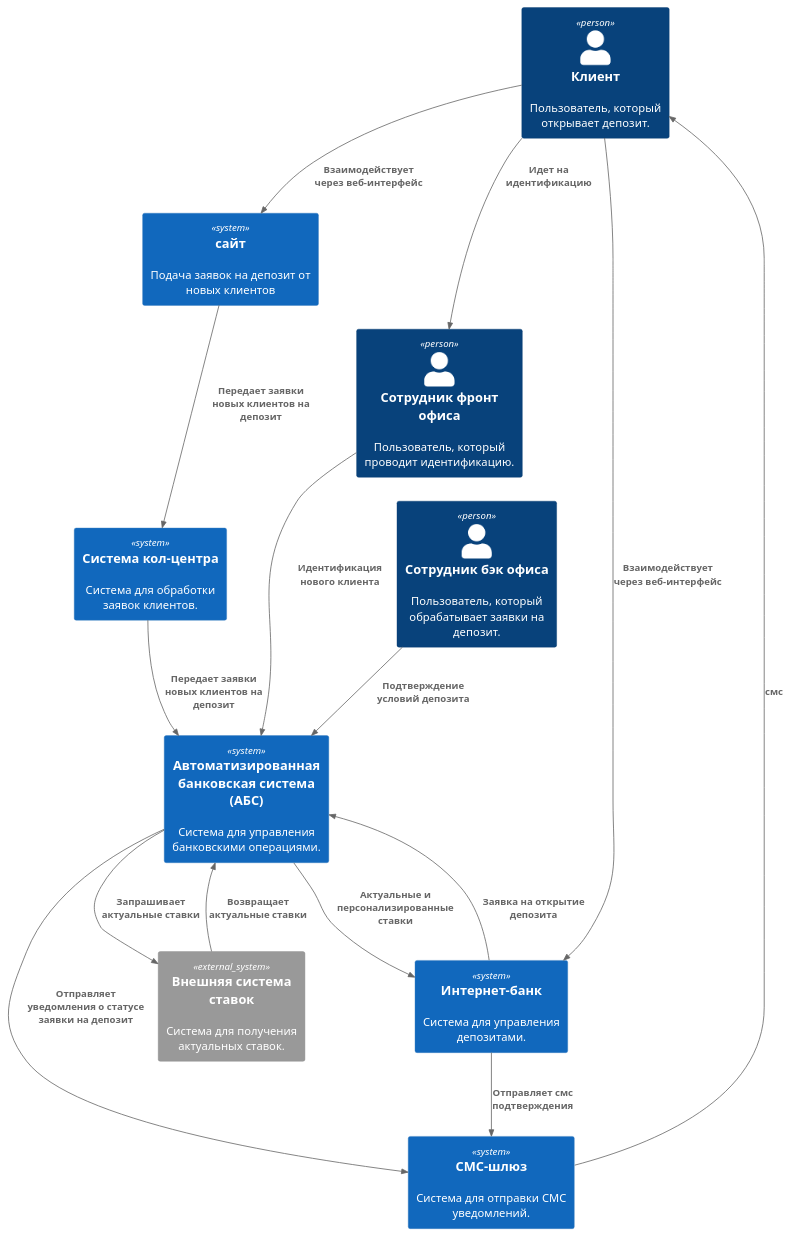
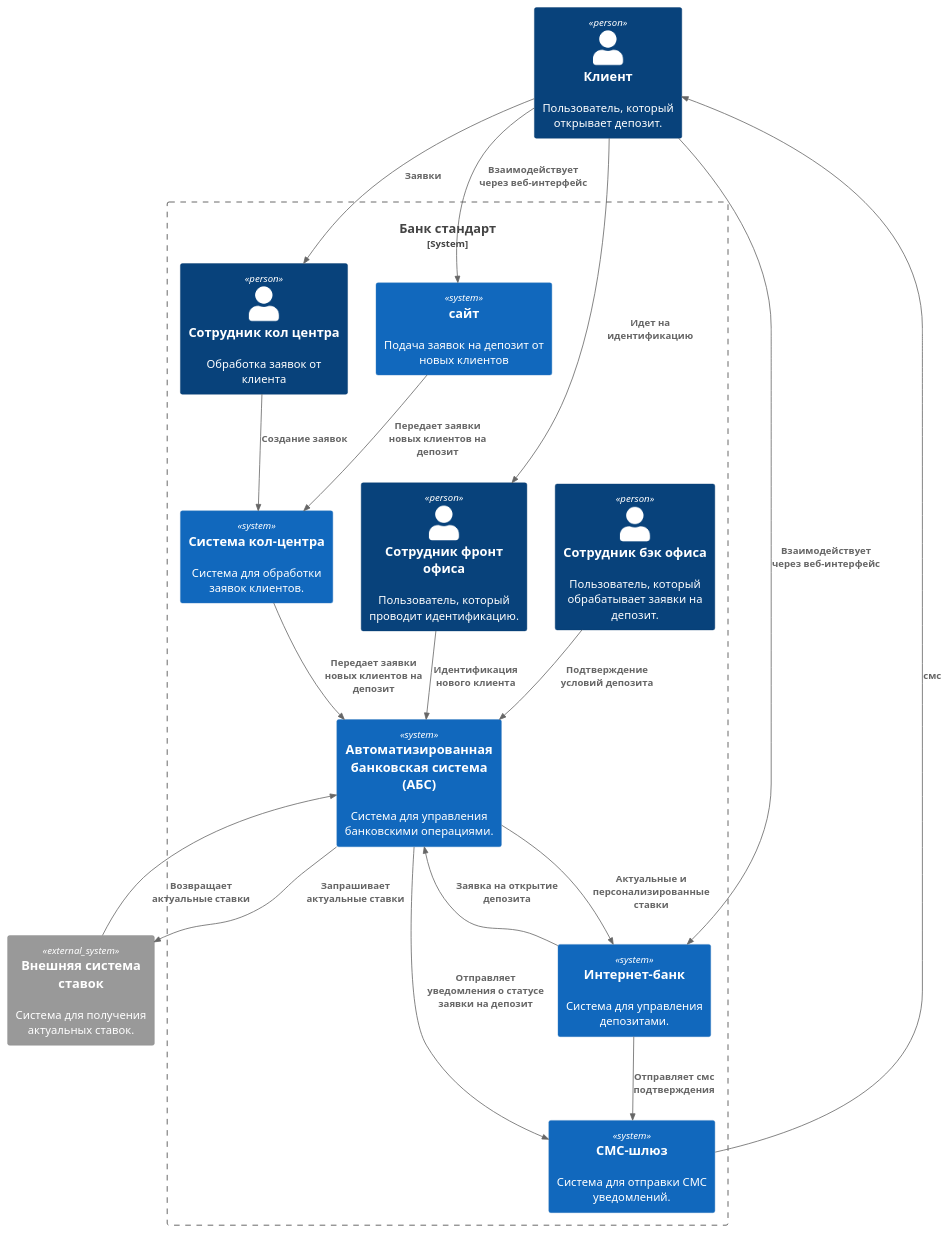
One commit to donserious/axe-architecture-standart changed the diagram in task 3/c4-context.puml. Above: the diagram before and after it, drawn with PlantUML. The commit also changed 5 other files, not shown here.

```diff
--- a/task 3/c4-context.puml
+++ b/task 3/c4-context.puml
@@ -1,31 +1,35 @@
 @startuml
 !includeurl https://raw.githubusercontent.com/RicardoNiepel/C4-PlantUML/master/C4_Component.puml
 
-' Определение элементов системы
 Person(client, "Клиент", "Пользователь, который открывает депозит.")
-Person(depositManager, "Сотрудник бэк офиса", "Пользователь, который обрабатывает заявки на депозит.")
-Person(frontManager, "Сотрудник фронт офиса", "Пользователь, который проводит идентификацию.")
-System(internetBank, "Интернет-банк", "Система для управления депозитами.")
-System(site, "сайт", "Подача заявок на депозит от новых клиентов")
-System(callCenter, "Система кол-центра", "Система для обработки заявок клиентов.")
-System(smsGateway, "СМС-шлюз", "Система для отправки СМС уведомлений.")
-System(ABS, "Автоматизированная банковская система (АБС)", "Система для управления банковскими операциями.")
 System_Ext(externalRateService, "Внешняя система ставок", "Система для получения актуальных ставок.")
 
-' Определение взаимодействий
-Rel(client, site, "Взаимодействует через веб-интерфейс")
-Rel(client, frontManager, "Идет на идентификацию")
-Rel(client, internetBank, "Взаимодействует через веб-интерфейс")
-Rel(depositManager, ABS, "Подтверждение условий депозита")
-Rel(frontManager, ABS, "Идентификация нового клиента")
-Rel(site, callCenter, "Передает заявки новых клиентов на депозит")
-Rel(callCenter, ABS , "Передает заявки новых клиентов на депозит")
-Rel(smsGateway, client, "смс")
-Rel(internetBank, smsGateway, "Отправляет смс подтверждения")
-Rel(internetBank, ABS, "Заявка на открытие депозита")
-Rel(ABS, internetBank, "Актуальные и персонализированные ставки")
-Rel(externalRateService, ABS, "Возвращает актуальные ставки")
-Rel(ABS, externalRateService, "Запрашивает актуальные ставки")
-Rel(ABS, smsGateway, "Отправляет уведомления о статусе заявки на депозит")
+System_Boundary(bankStandart, "Банк стандарт") {
+    Person(managerCallCenter, "Сотрудник кол центра", "Обработка заявок от клиента")
+    Person(depositManager, "Сотрудник бэк офиса", "Пользователь, который обрабатывает заявки на депозит.")
+    Person(frontManager, "Сотрудник фронт офиса", "Пользователь, который проводит идентификацию.")
+    System(internetBank, "Интернет-банк", "Система для управления депозитами.")
+    System(site, "сайт", "Подача заявок на депозит от новых клиентов")
+    System(callCenter, "Система кол-центра", "Система для обработки заявок клиентов.")
+    System(smsGateway, "СМС-шлюз", "Система для отправки СМС уведомлений.")
+    System(ABS, "Автоматизированная банковская система (АБС)", "Система для управления банковскими операциями.")
+
+    Rel(client, site, "Взаимодействует через веб-интерфейс")
+    Rel(client, frontManager, "Идет на идентификацию")
+    Rel(client, internetBank, "Взаимодействует через веб-интерфейс")
+    Rel(depositManager, ABS, "Подтверждение условий депозита")
+    Rel(frontManager, ABS, "Идентификация нового клиента")
+    Rel(site, callCenter, "Передает заявки новых клиентов на депозит")
+    Rel(callCenter, ABS , "Передает заявки новых клиентов на депозит")
+    Rel(smsGateway, client, "смс")
+    Rel(internetBank, smsGateway, "Отправляет смс подтверждения")
+    Rel(internetBank, ABS, "Заявка на открытие депозита")
+    Rel(ABS, internetBank, "Актуальные и персонализированные ставки")
+    Rel(externalRateService, ABS, "Возвращает актуальные ставки")
+    Rel(ABS, externalRateService, "Запрашивает актуальные ставки")
+    Rel(ABS, smsGateway, "Отправляет уведомления о статусе заявки на депозит")
+    Rel(managerCallCenter, callCenter, "Создание заявок")
+    Rel(client, managerCallCenter, "Заявки")
+}
 
 @enduml
```
